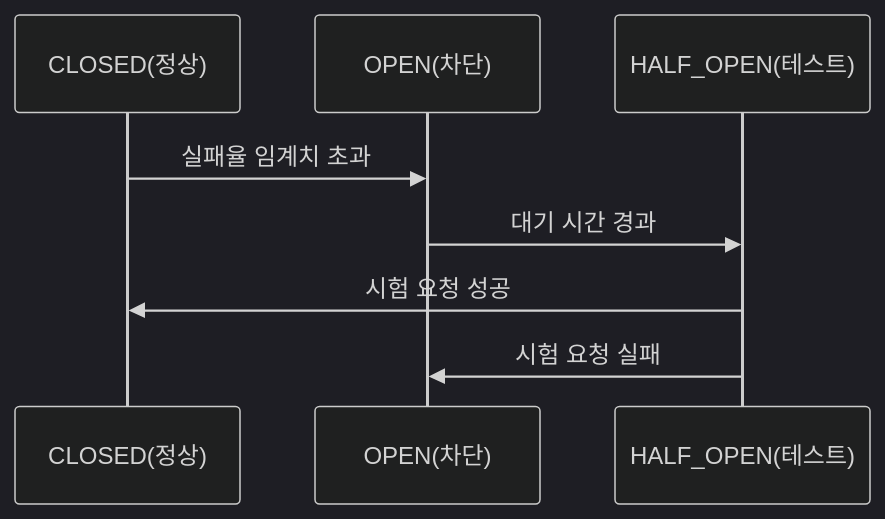
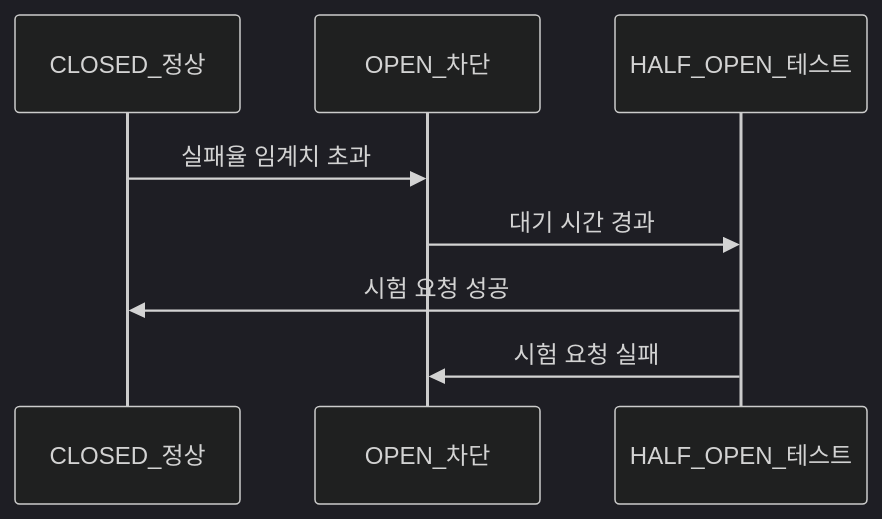
Before and after one commit to yjkim2015/yjkim2015.github.io: the first of 2 diagrams in _posts/spring/2026-05-01-spring-resilience.md, drawn with Mermaid (dark theme). The commit also changed other lines of this file and 85 other files, not shown here.

First line of the commit message:
sequenceDiagram 문법 에러 2차 수정 169개 (86파일)

````diff
--- a/_posts/spring/2026-05-01-spring-resilience.md
+++ b/_posts/spring/2026-05-01-spring-resilience.md
@@ -48,7 +48,7 @@
 ```mermaid
 sequenceDiagram
-    CLOSED(정상)->>OPEN(차단): 실패율 임계치 초과
-    OPEN(차단)->>HALF_OPEN(테스트): 대기 시간 경과
-    HALF_OPEN(테스트)->>CLOSED(정상): 시험 요청 성공
-    HALF_OPEN(테스트)->>OPEN(차단): 시험 요청 실패
+    CLOSED_정상->>OPEN_차단: 실패율 임계치 초과
+    OPEN_차단->>HALF_OPEN_테스트: 대기 시간 경과
+    HALF_OPEN_테스트->>CLOSED_정상: 시험 요청 성공
+    HALF_OPEN_테스트->>OPEN_차단: 시험 요청 실패
 ```
````
